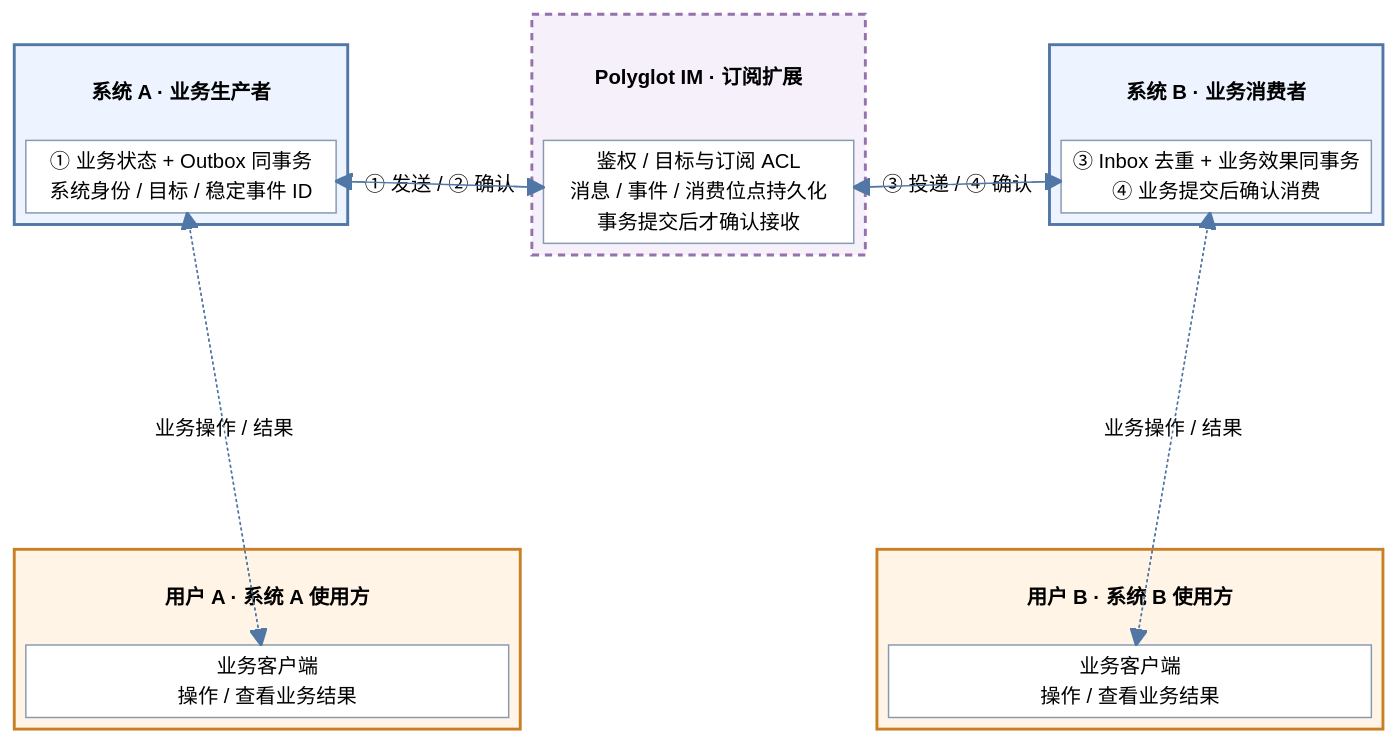
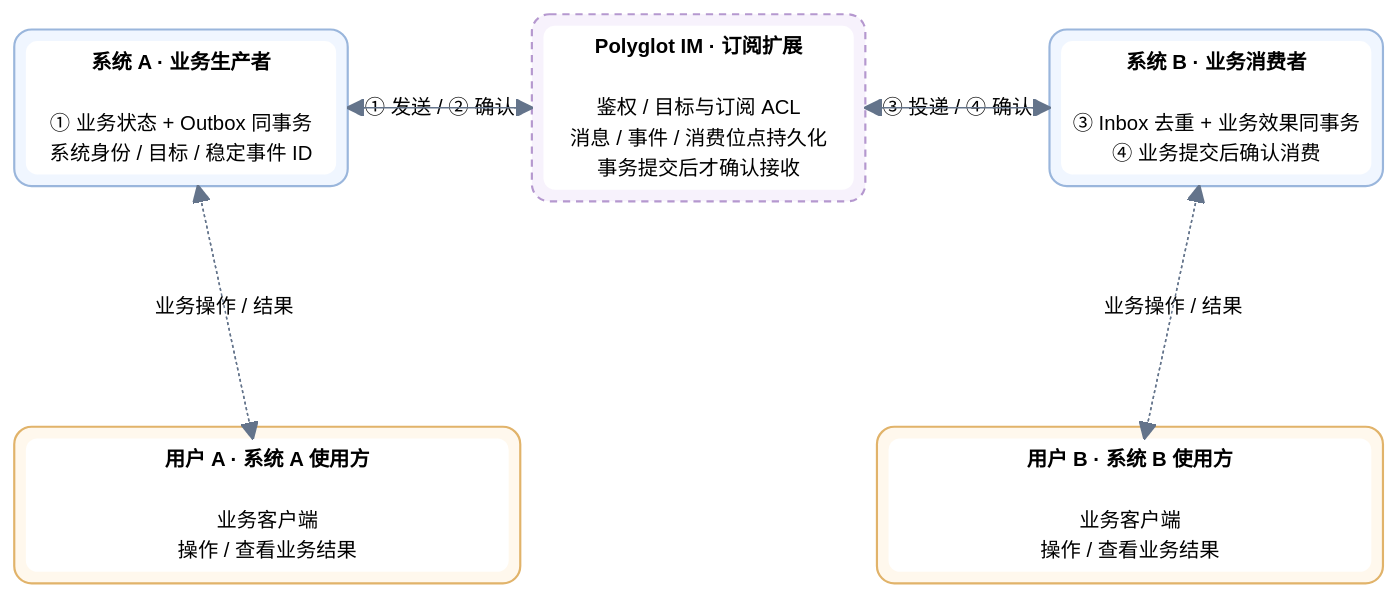
One commit to bitlap/polyglot-im changed the third of 3 diagrams in docs/architecture.md. Above: the diagram before and after it, drawn with Mermaid. The commit also changed other lines of this file and 8 other files, not shown here.

Commit message:
docs: 美化 Mermaid 图并统一直角折线

````diff
--- a/docs/architecture.md
+++ b/docs/architecture.md
@@ -121,51 +109,44 @@
 ```mermaid
-%%{init: {"theme": "base", "themeVariables": {"fontSize": "14px", "primaryColor": "#ffffff", "primaryBorderColor": "#8599b2", "primaryTextColor": "#24364b", "lineColor": "#5077a5"}, "themeCSS": ".edge-pattern-dotted { stroke: #c47a1c !important; stroke-width: 2px !important; stroke-dasharray: 4 8 !important; } .edge-pattern-solid { stroke: #5077a5 !important; }"}}%%
+%%{init: {"theme":"base","flowchart":{"curve":"stepBefore"},"themeVariables":{"fontSize":"14px","primaryColor":"#ffffff","primaryBorderColor":"#cbd5e1","primaryTextColor":"#1e293b","lineColor":"#64748b","edgeLabelBackground":"#ffffff"},"themeCSS":".edge-pattern-dotted { stroke: #d68a26 !important; stroke-width: 1.6px !important; stroke-dasharray: 5 7 !important; } .edge-pattern-solid { stroke: #64748b !important; stroke-width: 1.6px !important; } .edgeLabel rect { fill: #ffffff !important; opacity: 1 !important; rx: 5; ry: 5; } .block rect { rx: 10; ry: 10; }"}}%%
 block-beta
   columns 8
   block:SystemA:2
     columns 1
-    SystemATitle["系统 A · 业务生产者"]
-    SA["① 业务状态 + Outbox 同事务<br/>系统身份 / 目标 / 稳定事件 ID"]
+    SA["<b>系统 A · 业务生产者</b><br/><br/>① 业务状态 + Outbox 同事务<br/>系统身份 / 目标 / 稳定事件 ID"]
   end
   space
   block:IM:2
     columns 1
-    IMTitle["Polyglot IM · 订阅扩展"]
-    API["鉴权 / 目标与订阅 ACL<br/>消息 / 事件 / 消费位点持久化<br/>事务提交后才确认接收"]
+    API["<b>Polyglot IM · 订阅扩展</b><br/><br/>鉴权 / 目标与订阅 ACL<br/>消息 / 事件 / 消费位点持久化<br/>事务提交后才确认接收"]
   end
   space
   block:SystemB:2
     columns 1
-    SystemBTitle["系统 B · 业务消费者"]
-    SB["③ Inbox 去重 + 业务效果同事务<br/>④ 业务提交后确认消费"]
+    SB["<b>系统 B · 业务消费者</b><br/><br/>③ Inbox 去重 + 业务效果同事务<br/>④ 业务提交后确认消费"]
   end
   space:8
   block:Alice:3
     columns 1
-    AliceTitle["用户 A · 系统 A 使用方"]
-    UA["业务客户端<br/>操作 / 查看业务结果"]
+    UA["<b>用户 A · 系统 A 使用方</b><br/><br/>业务客户端<br/>操作 / 查看业务结果"]
   end
   space:2
   block:Bob:3
     columns 1
-    BobTitle["用户 B · 系统 B 使用方"]
-    UB["业务客户端<br/>操作 / 查看业务结果"]
+    UB["<b>用户 B · 系统 B 使用方</b><br/><br/>业务客户端<br/>操作 / 查看业务结果"]
   end
-  SA -- "① 发送 / ② 确认" --> API
-  API --> SA
-  API -- "③ 投递 / ④ 确认" --> SB
-  SB --> API
-  SA -. "业务操作 / 结果" .-> UA
-  UA -.-> SA
-  SB -. "业务操作 / 结果" .-> UB
-  UB -.-> SB
-  style SystemA fill:#eef4ff,stroke:#5077a5,stroke-width:2px
-  style IM fill:#f5f0fa,stroke:#9671ab,stroke-width:2px,stroke-dasharray:5 4
-  style SystemB fill:#eef4ff,stroke:#5077a5,stroke-width:2px
-  style Alice fill:#fff4e5,stroke:#c98024,stroke-width:2px
-  style Bob fill:#fff4e5,stroke:#c98024,stroke-width:2px
-  classDef title fill:none,stroke:none,font-weight:bold
-  class SystemATitle,IMTitle,SystemBTitle,AliceTitle,BobTitle title
-  classDef component fill:#fff,stroke:#8599b2
+  SystemA -- "① 发送 / ② 确认" --> IM
+  IM --> SystemA
+  IM -- "③ 投递 / ④ 确认" --> SystemB
+  SystemB --> IM
+  SystemA -. "业务操作 / 结果" .-> UA
+  UA -.-> SystemA
+  SystemB -. "业务操作 / 结果" .-> UB
+  UB -.-> SystemB
+  style SystemA fill:#f0f6ff,stroke:#9ab6dc,stroke-width:1.5px,rx:12,ry:12
+  style IM fill:#f7f2fc,stroke:#b598cf,stroke-width:1.5px,stroke-dasharray:5 4,rx:12,ry:12
+  style SystemB fill:#f0f6ff,stroke:#9ab6dc,stroke-width:1.5px,rx:12,ry:12
+  style Alice fill:#fff8ed,stroke:#e1b36a,stroke-width:1.5px,rx:12,ry:12
+  style Bob fill:#fff8ed,stroke:#e1b36a,stroke-width:1.5px,rx:12,ry:12
+  classDef component fill:#ffffff,stroke:none,color:#475569,rx:8,ry:8
   class SA,API,SB,UA,UB component
 ```
````
